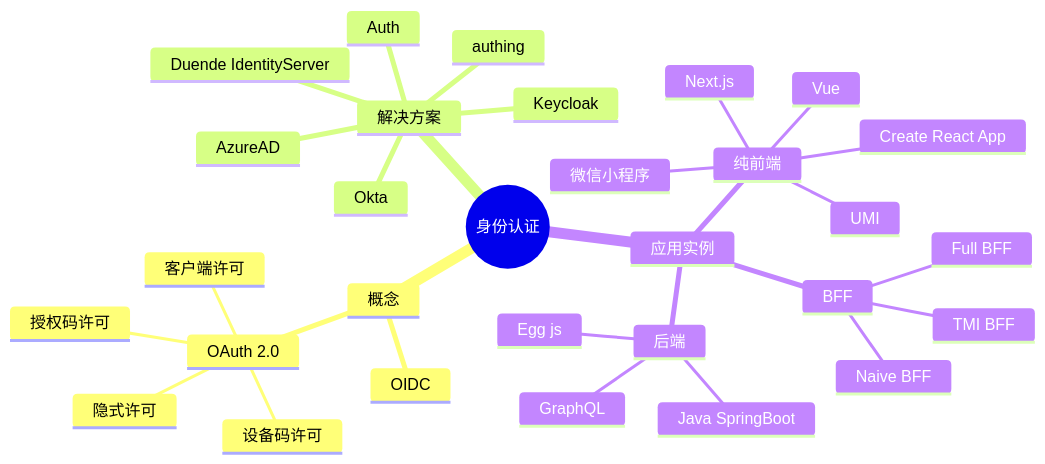
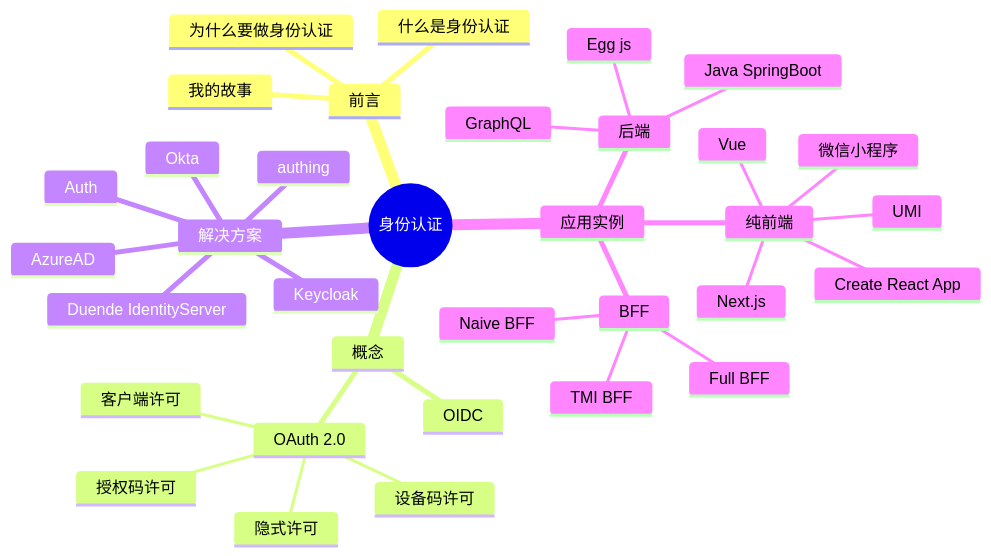
Before and after one commit to Jeff-Tian/AllAboutIdentity: the diagram in docs/idea.md, drawn with Mermaid. The commit also changed 1 other file, not shown here.

Commit message:
feat(UNI-110): add preface

````diff
--- a/docs/idea.md
+++ b/docs/idea.md
@@ -5,33 +5,37 @@
 ```mermaid
 mindmap
   root((身份认证))
+    前言
+      我的故事
+      什么是身份认证
+      为什么要做身份认证  
     概念
       OAuth 2.0
         授权码许可
         客户端许可
         隐式许可
         设备码许可
       OIDC
     解决方案
       authing
       Keycloak
       Duende IdentityServer
       Okta
       Auth
       AzureAD
     应用实例
       纯前端
         UMI
         Next.js
         Create React App
         Vue
         微信小程序
       BFF
         Naive BFF
         TMI BFF
         Full BFF
       后端
         Java SpringBoot
         Egg js
         GraphQL
 ```
````
